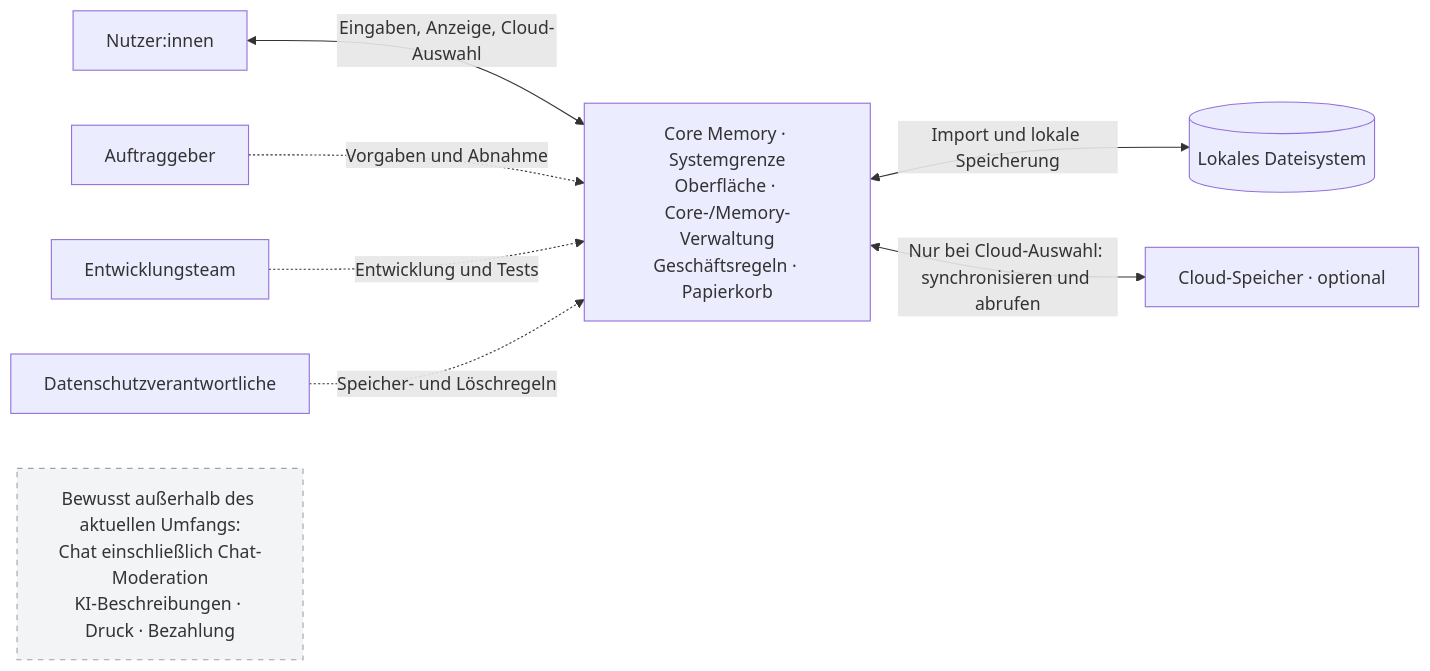
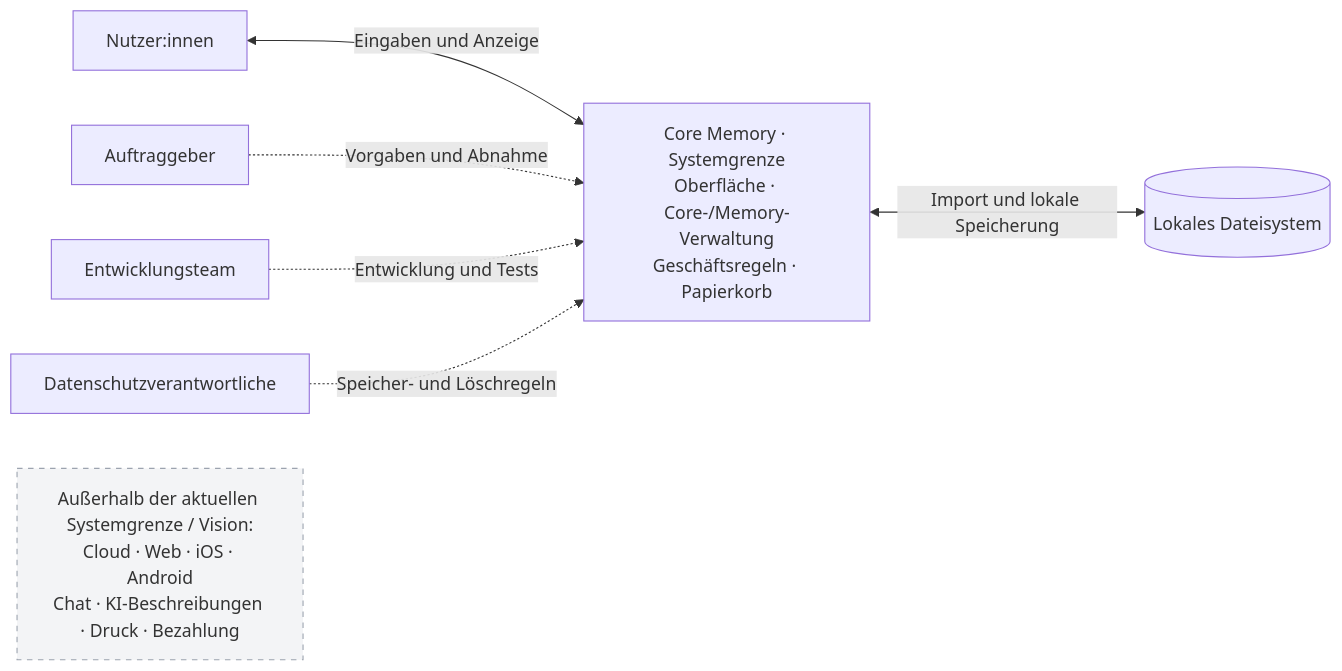
Before and after one commit to ichessebaeume1/PhotoApp: the first of 2 diagrams in REQUIREMENTS.md, drawn with Mermaid. The commit also changed other lines of this file and 7 other files, not shown here.

````diff
--- a/REQUIREMENTS.md
+++ b/REQUIREMENTS.md
@@ -28,18 +28,16 @@
 ```mermaid
 flowchart LR
     U["Nutzer:innen"]
     AG["Auftraggeber"]
     DEV["Entwicklungsteam"]
     DS["Datenschutzverantwortliche"]
     APP["Core Memory · Systemgrenze<br/>Oberfläche · Core-/Memory-Verwaltung<br/>Geschäftsregeln · Papierkorb"]
     FS[("Lokales Dateisystem")]
-    CLOUD["Cloud-Speicher · optional"]
-    OUT["Bewusst außerhalb des aktuellen Umfangs:<br/>Chat einschließlich Chat-Moderation<br/>KI-Beschreibungen · Druck · Bezahlung"]
-    U <-->|"Eingaben, Anzeige, Cloud-Auswahl"| APP
+    OUT["Außerhalb der aktuellen Systemgrenze / Vision:<br/>Cloud · Web · iOS · Android<br/>Chat · KI-Beschreibungen · Druck · Bezahlung"]
+    U <-->|"Eingaben und Anzeige"| APP
     APP <-->|"Import und lokale Speicherung"| FS
-    APP <-->|"Nur bei Cloud-Auswahl: synchronisieren und abrufen"| CLOUD
     AG -.->|"Vorgaben und Abnahme"| APP
     DEV -.->|"Entwicklung und Tests"| APP
     DS -.->|"Speicher- und Löschregeln"| APP
     style OUT fill:#f3f4f6,stroke:#9ca3af,stroke-dasharray:5 5
 ```
````
